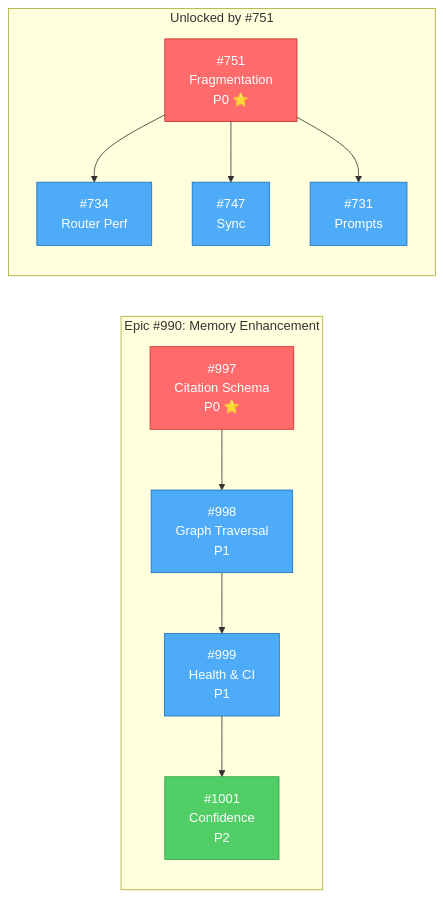
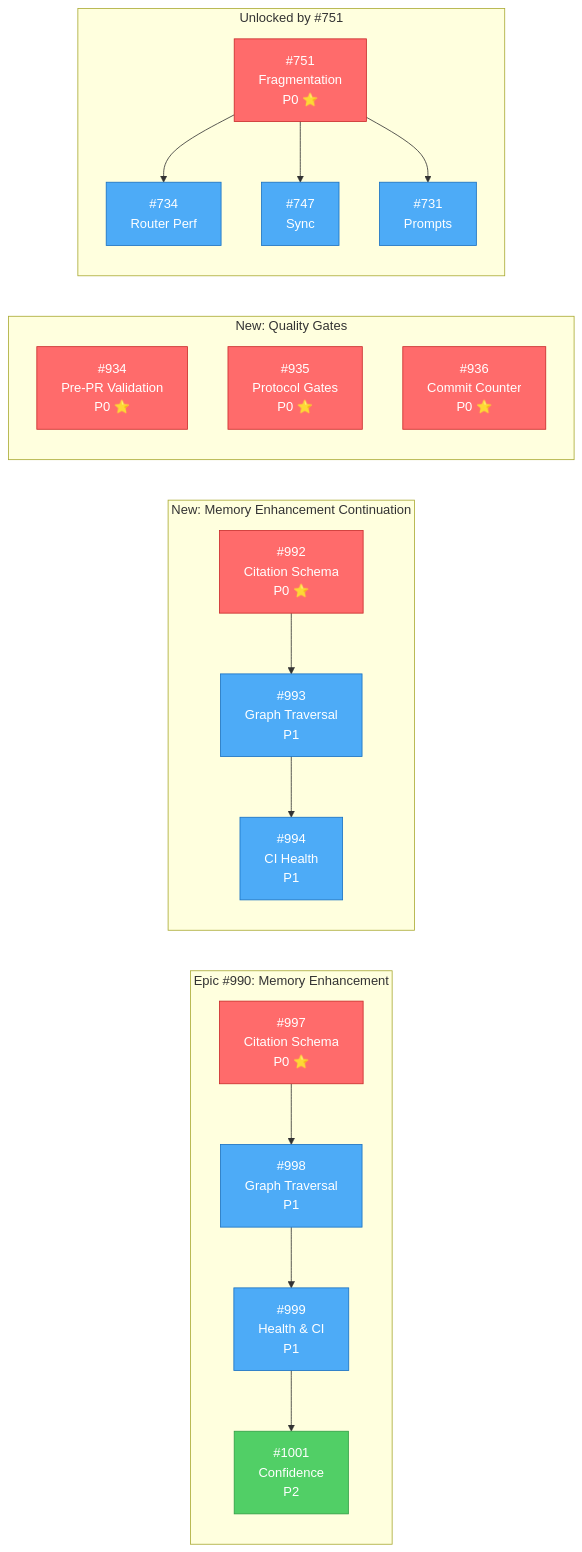
The first of 5 diagrams in .agents/planning/v0.3.0/PLAN.md (rjmurillo/ai-agents), drawn with Mermaid before and after one commit. The commit also changed other lines of this file and 5 other files, not shown here.

````diff
--- a/.agents/planning/v0.3.0/PLAN.md
+++ b/.agents/planning/v0.3.0/PLAN.md
@@ -123,22 +131,33 @@
 ```mermaid
 flowchart LR
     subgraph Epic #990: Memory Enhancement
         A[#997<br/>Citation Schema<br/>P0 ⭐] --> B[#998<br/>Graph Traversal<br/>P1]
         B --> C[#999<br/>Health & CI<br/>P1]
         C --> D[#1001<br/>Confidence<br/>P2]
     end
 
+    subgraph New: Memory Enhancement Continuation
+        E[#992<br/>Citation Schema<br/>P0 ⭐] --> F[#993<br/>Graph Traversal<br/>P1]
+        F --> G[#994<br/>CI Health<br/>P1]
+    end
+
+    subgraph New: Quality Gates
+        H[#934<br/>Pre-PR Validation<br/>P0 ⭐]
+        I[#935<br/>Protocol Gates<br/>P0 ⭐]
+        J[#936<br/>Commit Counter<br/>P0 ⭐]
+    end
+
     subgraph Unlocked by #751
-        E[#751<br/>Fragmentation<br/>P0 ⭐] --> F[#734<br/>Router Perf]
-        E --> G[#747<br/>Sync]
-        E --> H[#731<br/>Prompts]
+        K[#751<br/>Fragmentation<br/>P0 ⭐] --> L[#734<br/>Router Perf]
+        K --> M[#747<br/>Sync]
+        K --> N[#731<br/>Prompts]
     end
 
     classDef p0 fill:#ff6b6b,stroke:#c92a2a,color:#fff
     classDef p1 fill:#4dabf7,stroke:#1971c2,color:#fff
     classDef p2 fill:#51cf66,stroke:#2f9e44,color:#fff
 
-    class A,E p0
-    class B,C,F,G,H p1
+    class A,K,E,H,I,J p0
+    class B,C,L,M,N,F,G p1
     class D p2
 ```
````
